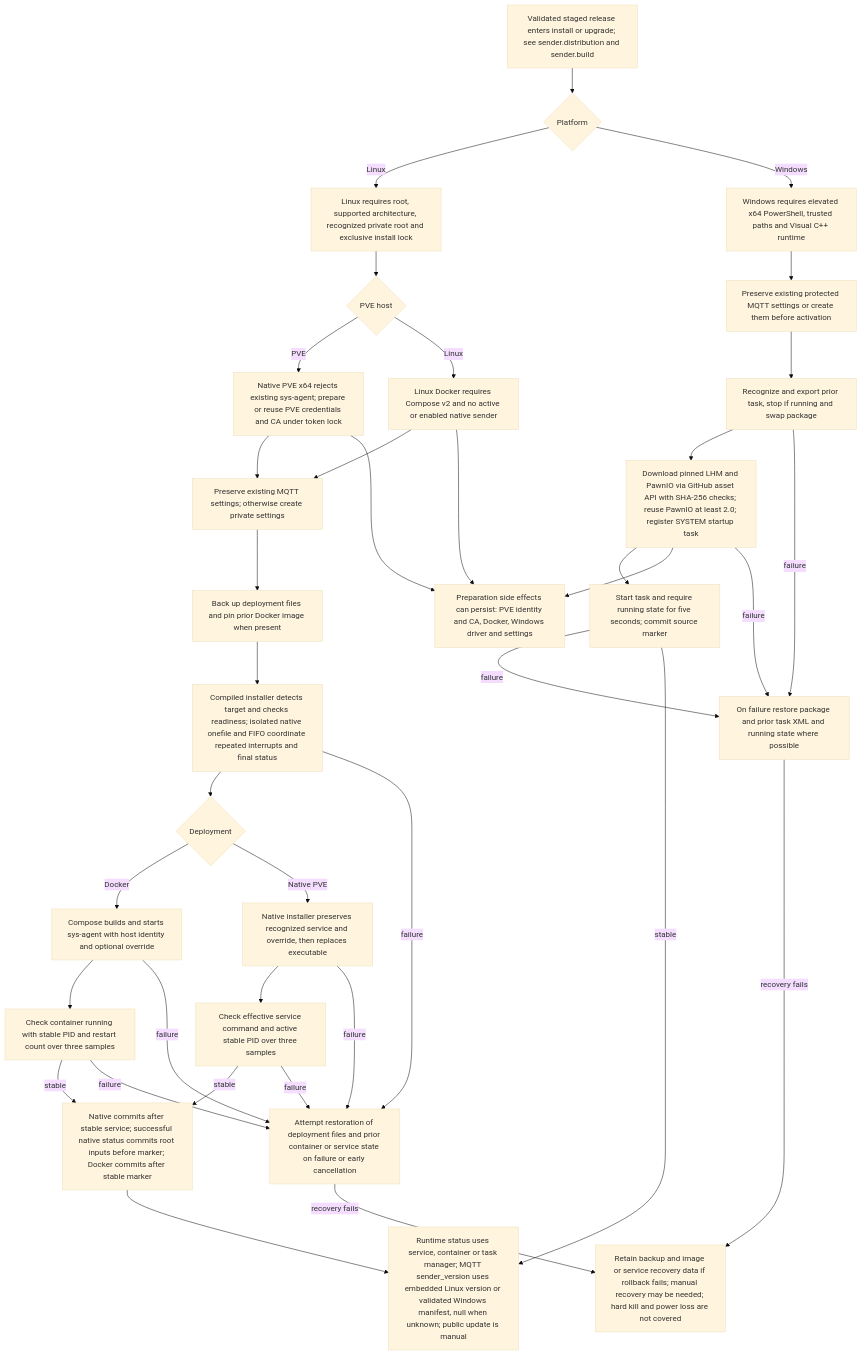
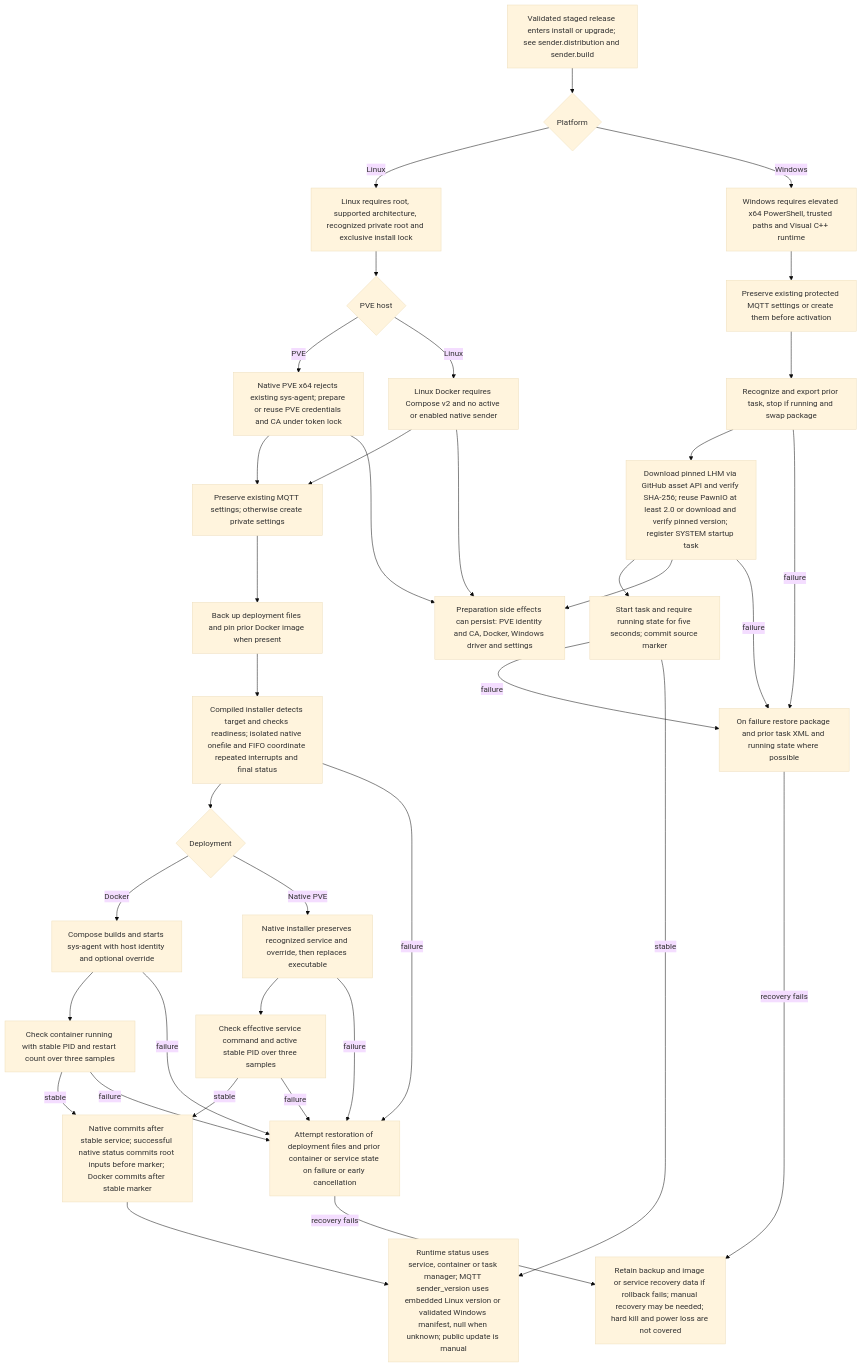
The diagram in docs/flows/sender.compiled-lifecycle.mmd (KarlSideProjects/hwmonitor-mqtt), drawn with Mermaid (base theme) before and after one commit. The commit also changed 11 other files, not shown here.

```diff
--- a/docs/flows/sender.compiled-lifecycle.mmd
+++ b/docs/flows/sender.compiled-lifecycle.mmd
@@ -1,62 +1,62 @@
 flowchart TD
     A["Validated staged release enters install or upgrade; see sender.distribution and sender.build"]
     B{"Platform"}
     C["Linux requires root, supported architecture, recognized private root and exclusive install lock"]
     D{"PVE host"}
     E["Native PVE x64 rejects existing sys-agent; prepare or reuse PVE credentials and CA under token lock"]
     F["Linux Docker requires Compose v2 and no active or enabled native sender"]
     G["Preserve existing MQTT settings; otherwise create private settings"]
     H["Back up deployment files and pin prior Docker image when present"]
     I["Compiled installer detects target and checks readiness; isolated native onefile and FIFO coordinate repeated interrupts and final status"]
     J{"Deployment"}
     K["Compose builds and starts sys-agent with host identity and optional override"]
     L["Native installer preserves recognized service and override, then replaces executable"]
     M["Check container running with stable PID and restart count over three samples"]
     N["Check effective service command and active stable PID over three samples"]
     O["Native commits after stable service; successful native status commits root inputs before marker; Docker commits after stable marker"]
     P["Attempt restoration of deployment files and prior container or service state on failure or early cancellation"]
     Q["Retain backup and image or service recovery data if rollback fails; manual recovery may be needed; hard kill and power loss are not covered"]
     R["Windows requires elevated x64 PowerShell, trusted paths and Visual C++ runtime"]
     S["Preserve existing protected MQTT settings or create them before activation"]
     T["Recognize and export prior task, stop if running and swap package"]
-    U["Download pinned LHM and PawnIO via GitHub asset API with SHA-256 checks; reuse PawnIO at least 2.0; register SYSTEM startup task"]
+    U["Download pinned LHM via GitHub asset API and verify SHA-256; reuse PawnIO at least 2.0 or download and verify pinned version; register SYSTEM startup task"]
     V["Start task and require running state for five seconds; commit source marker"]
     W["On failure restore package and prior task XML and running state where possible"]
     X["Preparation side effects can persist: PVE identity and CA, Docker, Windows driver and settings"]
     Y["Runtime status uses service, container or task manager; MQTT sender_version uses embedded Linux version or validated Windows manifest, null when unknown; public update is manual"]
     A --> B
     B -->|Linux| C
     B -->|Windows| R
     C --> D
     D -->|PVE| E
     D -->|Linux| F
     E --> G
     F --> G
     G --> H
     H --> I
     I --> J
     J -->|Docker| K
     J -->|Native PVE| L
     K --> M
     L --> N
     M -->|stable| O
     N -->|stable| O
     M -->|failure| P
     N -->|failure| P
     P -->|recovery fails| Q
     R --> S
     S --> T
     T --> U
     U --> V
     V -->|failure| W
     W -->|recovery fails| Q
     V -->|stable| Y
     O --> Y
     E --> X
     F --> X
     U --> X
     I -->|failure| P
     K -->|failure| P
     L -->|failure| P
     T -->|failure| W
     U -->|failure| W
```
